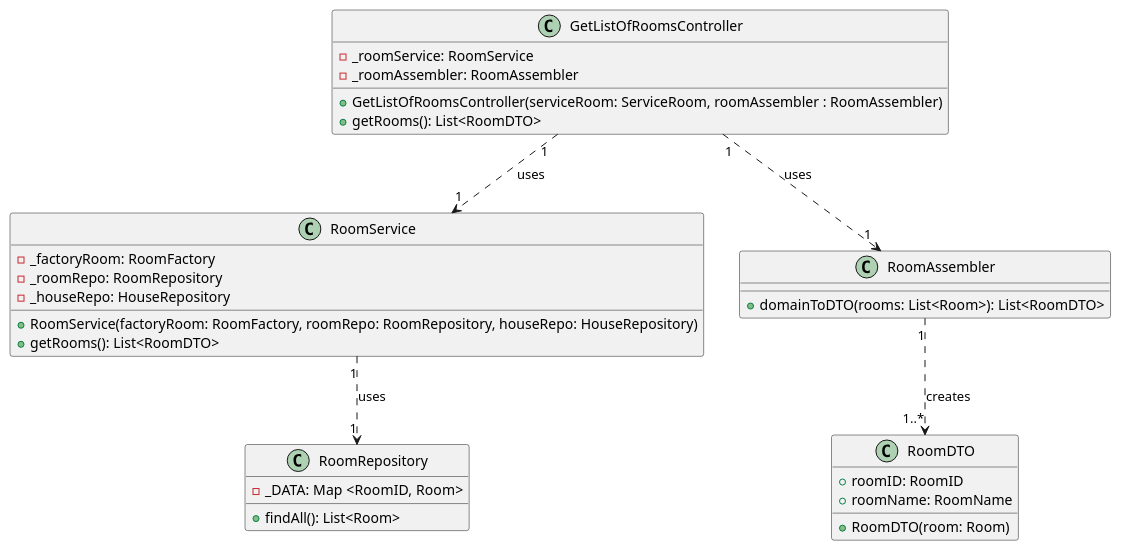
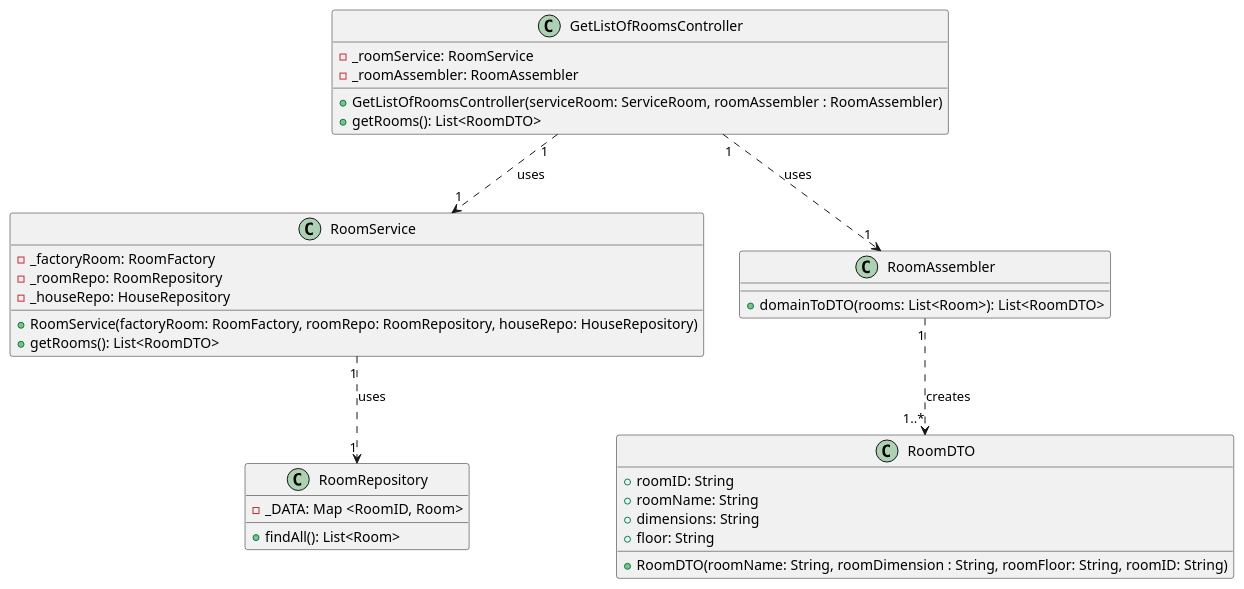
The diagram in docs/userStories/us03/artifacts/US03CD.puml (olivDiogo/SmartHome), drawn with PlantUML before and after one commit.

Commit message:
#57 update CD US03

```diff
--- a/docs/userStories/us03/artifacts/US03CD.puml
+++ b/docs/userStories/us03/artifacts/US03CD.puml
@@ -1,49 +1,52 @@
 @startuml
 'https://plantuml.com/class-diagram
 
 class GetListOfRoomsController{
 'Attributes'
 - _roomService: RoomService
 - _roomAssembler: RoomAssembler
 'Methods'
 +GetListOfRoomsController(serviceRoom: ServiceRoom, roomAssembler : RoomAssembler)
 +getRooms(): List<RoomDTO>
 }
 
 class RoomService{
 'Attributes'
 - _factoryRoom: RoomFactory
 - _roomRepo: RoomRepository
 - _houseRepo: HouseRepository
 'Methods'
 +RoomService(factoryRoom: RoomFactory, roomRepo: RoomRepository, houseRepo: HouseRepository)
 +getRooms(): List<RoomDTO>
 }
 
 
 class RoomRepository{
 'Attributes'
 - _DATA: Map <RoomID, Room>
 'Methods'
 +findAll(): List<Room>
 }
 
 class RoomAssembler{
 'Methods'
 +domainToDTO(rooms: List<Room>): List<RoomDTO>
 }
 
 class RoomDTO{
 'Attributes'
-+roomID: RoomID
-+roomName: RoomName
++roomID: String
++roomName: String
++dimensions: String
++floor: String
+
 'Methods'
-+RoomDTO(room: Room)
++RoomDTO(roomName: String, roomDimension : String, roomFloor: String, roomID: String)
 }
 
 GetListOfRoomsController "1" ..> "1" RoomService: uses
 RoomService "1" ..> "1" RoomRepository: uses
 GetListOfRoomsController "1" ..> "1" RoomAssembler: uses
 RoomAssembler "1" ..> "1..*" RoomDTO: creates
 
 @enduml
```
